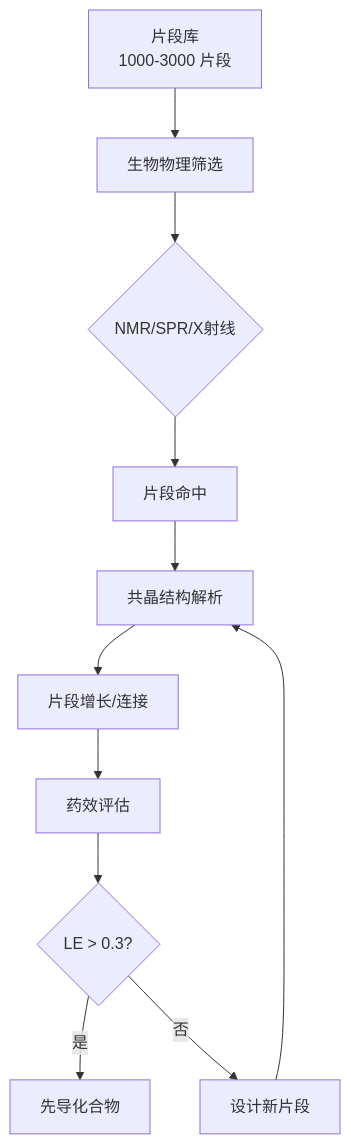
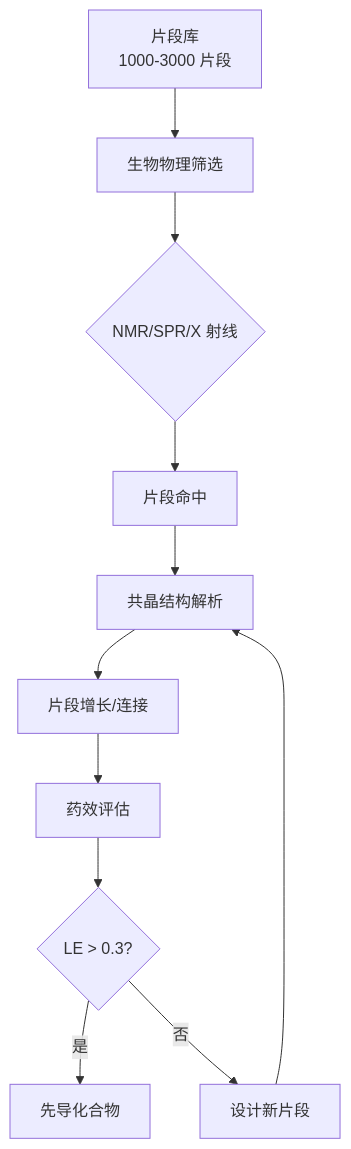
The third of 4 diagrams in 02_NaturalSciences/Chemistry/Biochemistry/LeadDiscovery.md (Tianshang301/TianshangKnowledgeBase), drawn with Mermaid before and after one commit. The commit also changed other lines of this file and 2257 other files, not shown here.

````diff
--- a/02_NaturalSciences/Chemistry/Biochemistry/LeadDiscovery.md
+++ b/02_NaturalSciences/Chemistry/Biochemistry/LeadDiscovery.md
@@ -160,13 +162,13 @@
 ```mermaid
 flowchart TD;
     A[片段库<br/>1000-3000 片段]-->B[生物物理筛选];
-    B-->C{NMR/SPR/X射线};
+    B-->C{NMR/SPR/X 射线};
     C-->D[片段命中];
     D-->E[共晶结构解析];
     E-->F[片段增长/连接];
     F-->G[药效评估];
     G-->H{LE > 0.3?};
     H-->|是| I[先导化合物];
     H-->|否| J[设计新片段];
     J-->E;
 ```
````
